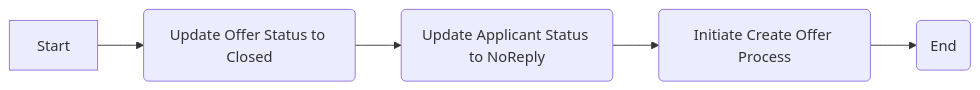
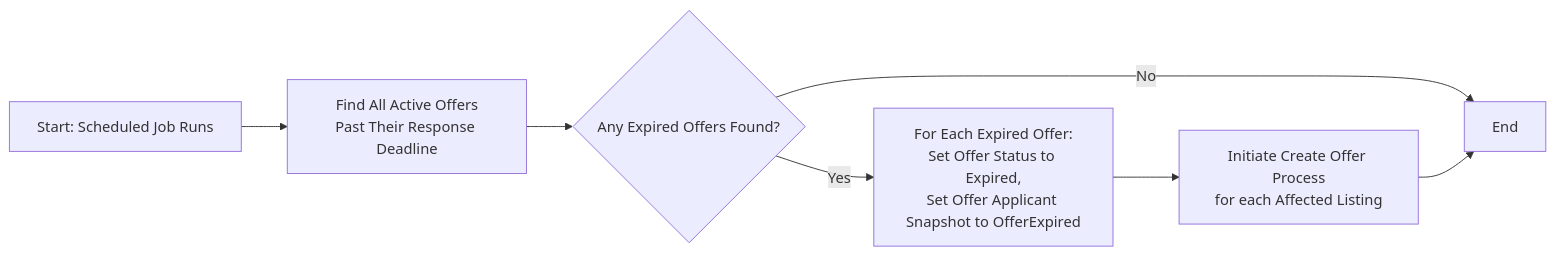
The first of 2 diagrams in core/src/processes/parkingspaces/internal/DOCS_Expire_Offer.md (Bostads-AB-Mimer/onecore), drawn with Mermaid before and after one commit. The commit also changed other lines of this file and 16 other files, not shown here.

````diff
--- a/core/src/processes/parkingspaces/internal/DOCS_Expire_Offer.md
+++ b/core/src/processes/parkingspaces/internal/DOCS_Expire_Offer.md
@@ -5,8 +11,9 @@
 ```mermaid
 flowchart LR
-A[Start] -->B(Update Offer Status to Closed)
-B --> C(Update Applicant Status to NoReply)
-C --> D(Initiate Create Offer Process)
-D --> O(End)
-
+A[Start: Scheduled Job Runs] --> B[Find All Active Offers<br/>Past Their Response Deadline]
+B --> C{Any Expired Offers Found?}
+C --> |No| O[End]
+C --> |Yes| D[For Each Expired Offer:<br/>Set Offer Status to Expired,<br/>Set Offer Applicant Snapshot to OfferExpired]
+D --> E[Initiate Create Offer Process<br/>for each Affected Listing]
+E --> O
 ```
````
